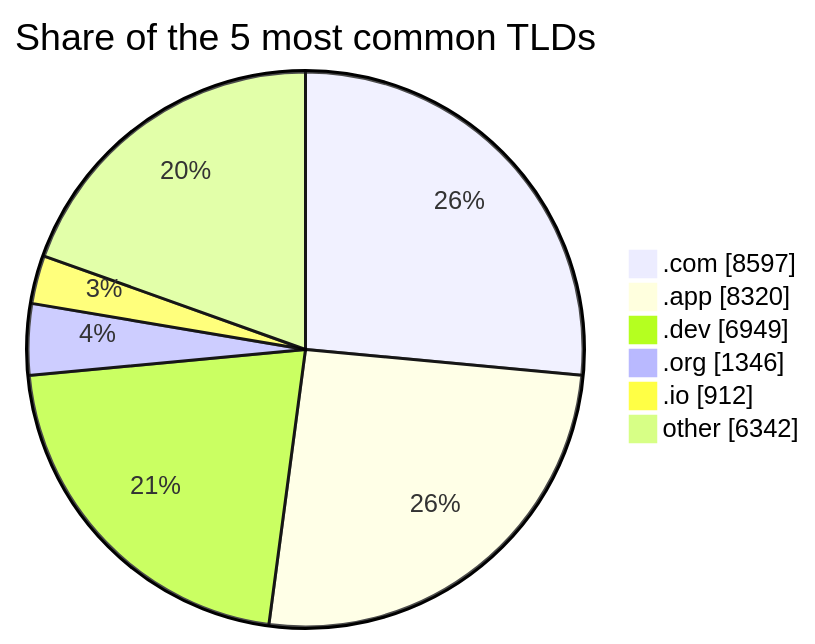
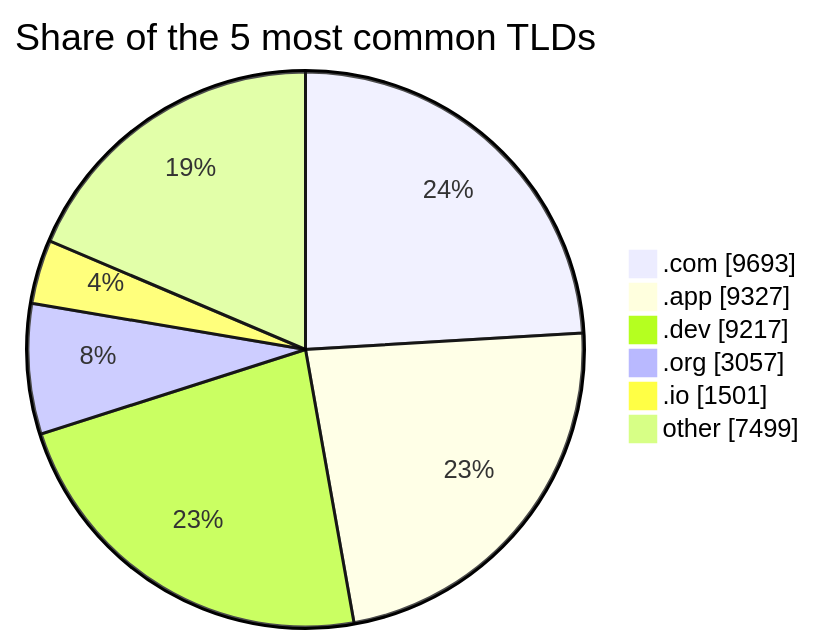
One commit to DNSBunker/CTI changed the second of 2 diagrams in README.md. Above: the diagram before and after it, drawn with Mermaid. The commit also changed other lines of this file and 3 other files, not shown here.

````diff
--- a/README.md
+++ b/README.md
@@ -72,9 +72,9 @@
 ```mermaid
 pie showData title Share of the 5 most common TLDs
-    ".com" : 8597
-    ".app" : 8320
-    ".dev" : 6949
-    ".org" : 1346
-    ".io" : 912
-    "other" : 6342
+    ".com" : 9693
+    ".app" : 9327
+    ".dev" : 9217
+    ".org" : 3057
+    ".io" : 1501
+    "other" : 7499
 ```
````
